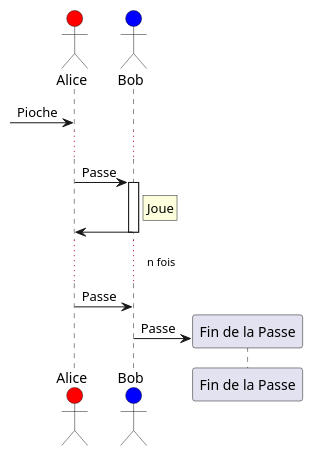
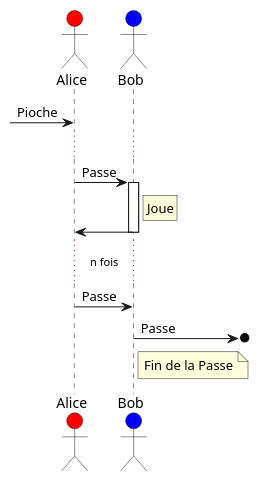
Before and after one commit to de-dale/wiki: the third of 7 diagrams in sphérier/référence/phases-de-jeu/combat.md, drawn with PlantUML. The commit also changed other lines of this file, not shown here.

````diff
--- a/sphérier/référence/phases-de-jeu/combat.md
+++ b/sphérier/référence/phases-de-jeu/combat.md
@@ -153,14 +153,15 @@
 ```plantuml
 actor Alice #red
 actor Bob #blue
 [-> Alice: Pioche
 
 ...
 Alice -> Bob ++ : Passe
 rnote right of Bob: Joue
 Bob -> Alice --
 ...n fois... 
 
 Alice -> Bob : Passe
-Bob -> "Fin de la Passe" ** : Passe
+Bob ->o] : Passe
+note right of Bob : Fin de la Passe
 ```
````
